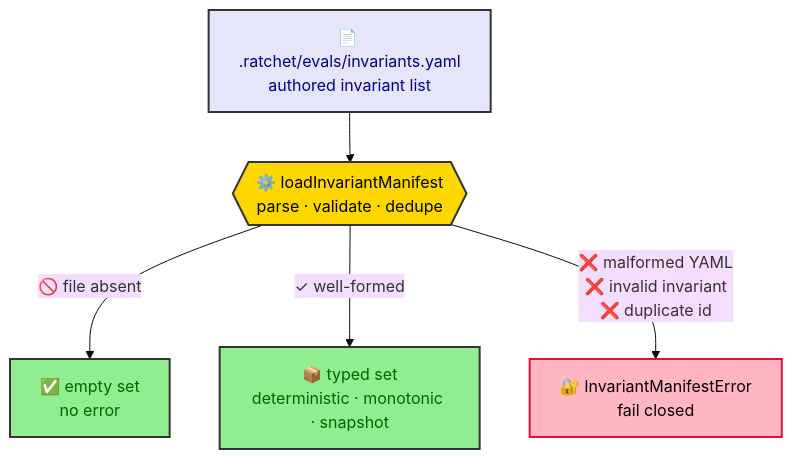
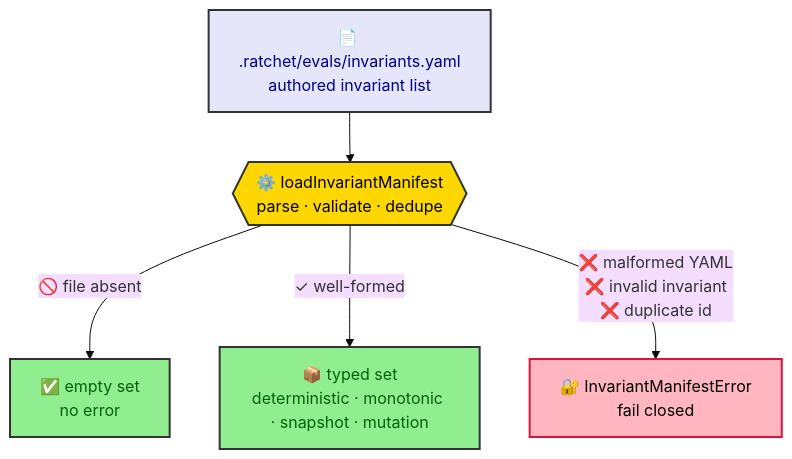
The first of 3 diagrams in docs/eval-invariants.md (joctaTorres/ratchet), drawn with Mermaid (base theme) before and after one commit. The commit also changed other lines of this file and 9 other files, not shown here.

First line of the commit message:
feat(eval): mutation invariant schema (kind: mutation)

````diff
--- a/docs/eval-invariants.md
+++ b/docs/eval-invariants.md
@@ -53,21 +58,21 @@
 ```mermaid
 flowchart TD
     MANIFEST[📄 .ratchet/evals/invariants.yaml<br/>authored invariant list]
     LOADER{{⚙️ loadInvariantManifest<br/>parse · validate · dedupe}}
 
     MANIFEST --> LOADER
 
     LOADER -->|🚫 file absent| EMPTY[✅ empty set<br/>no error]
-    LOADER -->|✓ well-formed| TYPED[📦 typed set<br/>deterministic · monotonic · snapshot]
+    LOADER -->|✓ well-formed| TYPED[📦 typed set<br/>deterministic · monotonic · snapshot · mutation]
     LOADER -->|❌ malformed YAML<br/>❌ invalid invariant<br/>❌ duplicate id| FAIL[🔐 InvariantManifestError<br/>fail closed]
 
     classDef source   fill:#E6E6FA,stroke:#333,stroke-width:2px,color:darkblue
     classDef core     fill:#FFD700,stroke:#333,stroke-width:2px,color:black
     classDef ok       fill:#90EE90,stroke:#333,stroke-width:2px,color:darkgreen
     classDef err      fill:#FFB6C1,stroke:#DC143C,stroke-width:2px,color:black
 
     class MANIFEST source
     class LOADER core
     class EMPTY,TYPED ok
     class FAIL err
 ```
````
